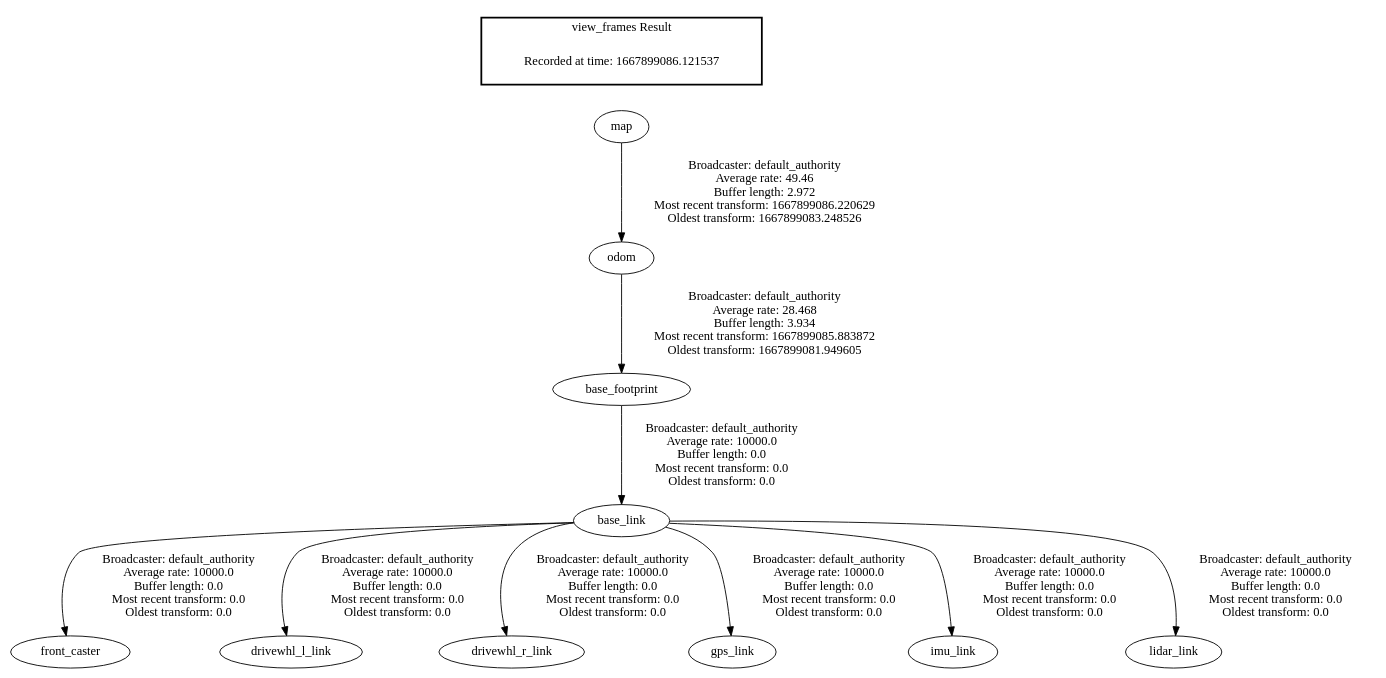
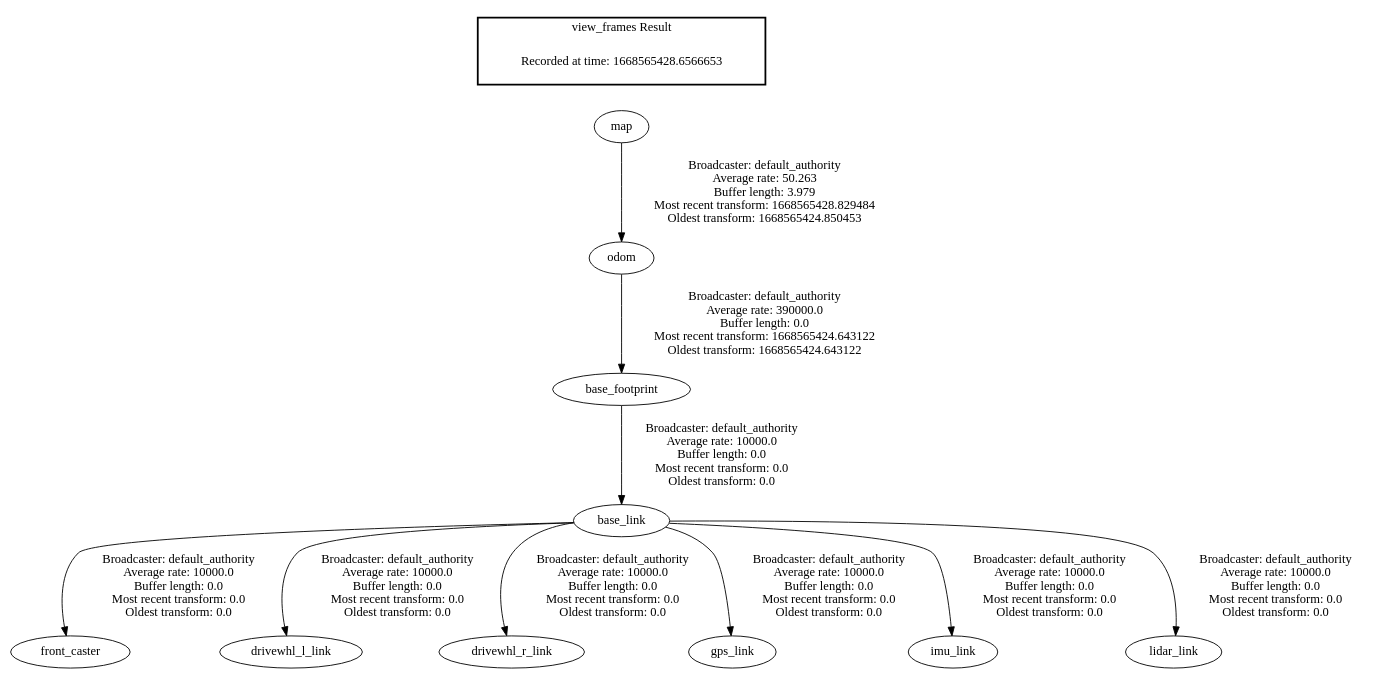
The diagram in ROS-ROVER-UVG/frames.gv (sen18012/ROS2_SLAM_ROVER_UVG), drawn with Graphviz before and after one commit. The commit also changed 28 other files, not shown here.

```diff
--- a/ROS-ROVER-UVG/frames.gv
+++ b/ROS-ROVER-UVG/frames.gv
@@ -1,15 +1,15 @@
 digraph G {
 "base_footprint" -> "base_link"[label=" Broadcaster: default_authority\nAverage rate: 10000.0\nBuffer length: 0.0\nMost recent transform: 0.0\nOldest transform: 0.0\n"];
-"odom" -> "base_footprint"[label=" Broadcaster: default_authority\nAverage rate: 28.468\nBuffer length: 3.934\nMost recent transform: 1667899085.883872\nOldest transform: 1667899081.949605\n"];
+"odom" -> "base_footprint"[label=" Broadcaster: default_authority\nAverage rate: 390000.0\nBuffer length: 0.0\nMost recent transform: 1668565424.643122\nOldest transform: 1668565424.643122\n"];
 "base_link" -> "front_caster"[label=" Broadcaster: default_authority\nAverage rate: 10000.0\nBuffer length: 0.0\nMost recent transform: 0.0\nOldest transform: 0.0\n"];
 "base_link" -> "drivewhl_l_link"[label=" Broadcaster: default_authority\nAverage rate: 10000.0\nBuffer length: 0.0\nMost recent transform: 0.0\nOldest transform: 0.0\n"];
 "base_link" -> "drivewhl_r_link"[label=" Broadcaster: default_authority\nAverage rate: 10000.0\nBuffer length: 0.0\nMost recent transform: 0.0\nOldest transform: 0.0\n"];
 "base_link" -> "gps_link"[label=" Broadcaster: default_authority\nAverage rate: 10000.0\nBuffer length: 0.0\nMost recent transform: 0.0\nOldest transform: 0.0\n"];
 "base_link" -> "imu_link"[label=" Broadcaster: default_authority\nAverage rate: 10000.0\nBuffer length: 0.0\nMost recent transform: 0.0\nOldest transform: 0.0\n"];
 "base_link" -> "lidar_link"[label=" Broadcaster: default_authority\nAverage rate: 10000.0\nBuffer length: 0.0\nMost recent transform: 0.0\nOldest transform: 0.0\n"];
-"map" -> "odom"[label=" Broadcaster: default_authority\nAverage rate: 49.46\nBuffer length: 2.972\nMost recent transform: 1667899086.220629\nOldest transform: 1667899083.248526\n"];
+"map" -> "odom"[label=" Broadcaster: default_authority\nAverage rate: 50.263\nBuffer length: 3.979\nMost recent transform: 1668565428.829484\nOldest transform: 1668565424.850453\n"];
 edge [style=invis];
  subgraph cluster_legend { style=bold; color=black; label ="view_frames Result";
-"Recorded at time: 1667899086.121537"[ shape=plaintext ] ;
+"Recorded at time: 1668565428.6566653"[ shape=plaintext ] ;
 }->"map";
 }
```
